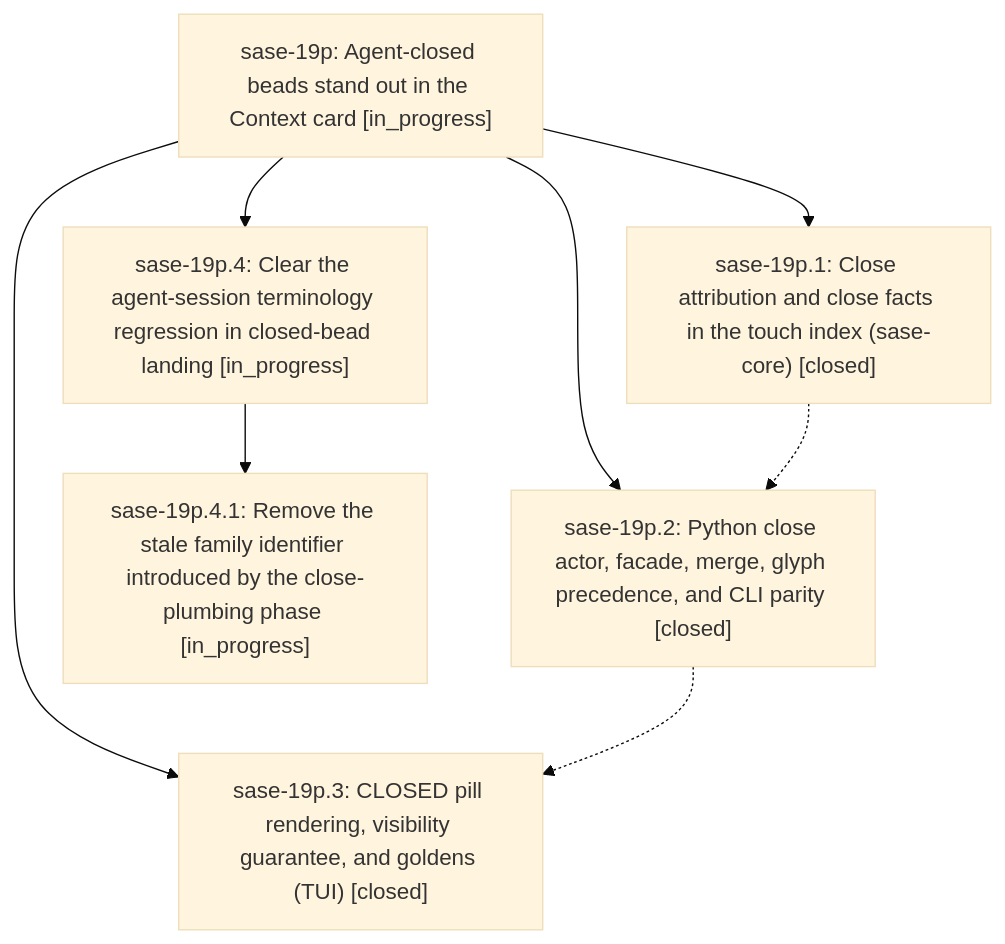
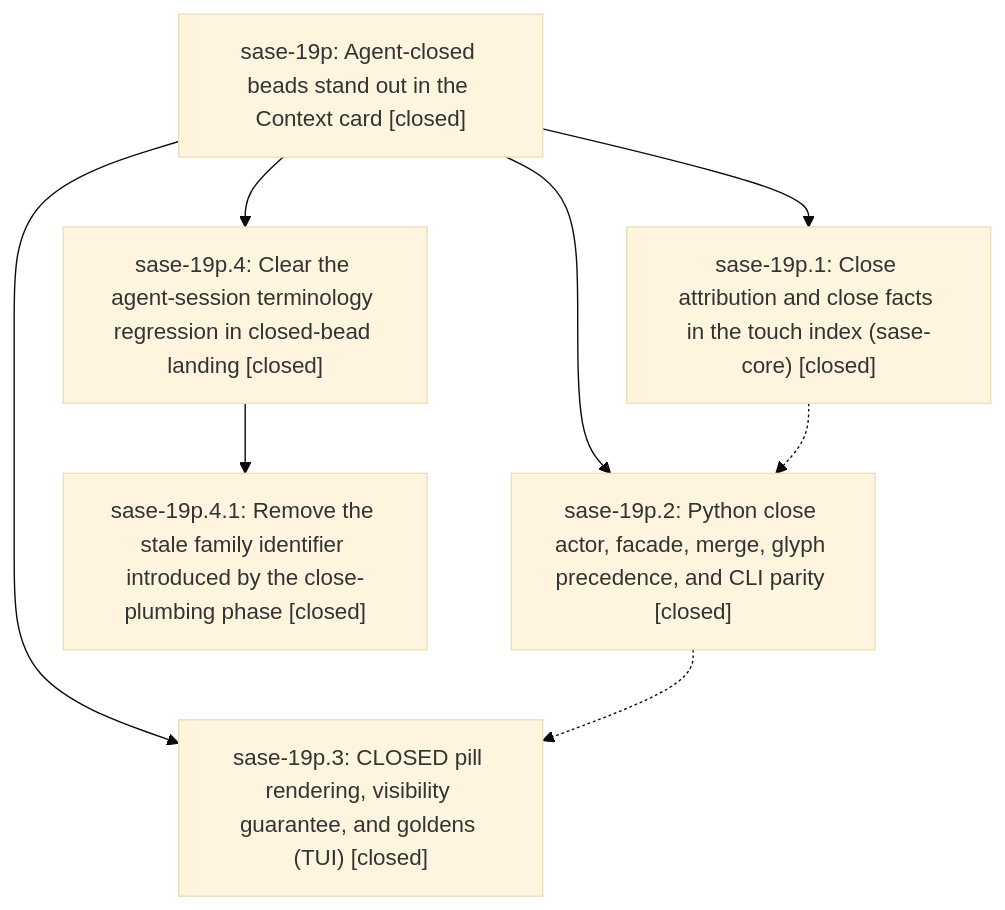
Before and after one commit to sase-org/sase--beads: the diagram in pages/sase-19p/README.md, drawn with Mermaid (base theme). The commit also changed other lines of this file and 2 other files, not shown here.

First line of the commit message:
chore(beads): sync bead state and pages for sase-19p

````diff
--- a/pages/sase-19p/README.md
+++ b/pages/sase-19p/README.md
@@ -30,16 +32,16 @@
 ```mermaid
 flowchart TD
-    n0["sase-19p: Agent-closed beads stand out in the Context card [in_progress]"]
+    n0["sase-19p: Agent-closed beads stand out in the Context card [closed]"]
     n1["sase-19p.1: Close attribution and close facts in the touch index (sase-core) [closed]"]
     n2["sase-19p.2: Python close actor, facade, merge, glyph precedence, and CLI parity [closed]"]
     n3["sase-19p.3: CLOSED pill rendering, visibility guarantee, and goldens (TUI) [closed]"]
-    n4["sase-19p.4: Clear the agent-session terminology regression in closed-bead landing [in_progress]"]
-    n5["sase-19p.4.1: Remove the stale family identifier introduced by the close-plumbing phase [in_progress]"]
+    n4["sase-19p.4: Clear the agent-session terminology regression in closed-bead landing [closed]"]
+    n5["sase-19p.4.1: Remove the stale family identifier introduced by the close-plumbing phase [closed]"]
     n0 --> n1
     n0 --> n2
     n0 --> n3
     n0 --> n4
     n4 --> n5
     n1 -.-> n2
     n2 -.-> n3
 ```
````
